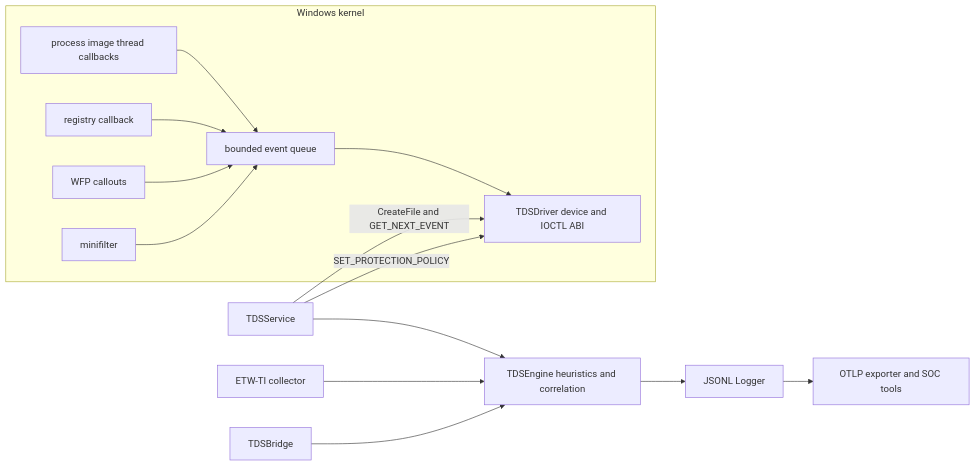
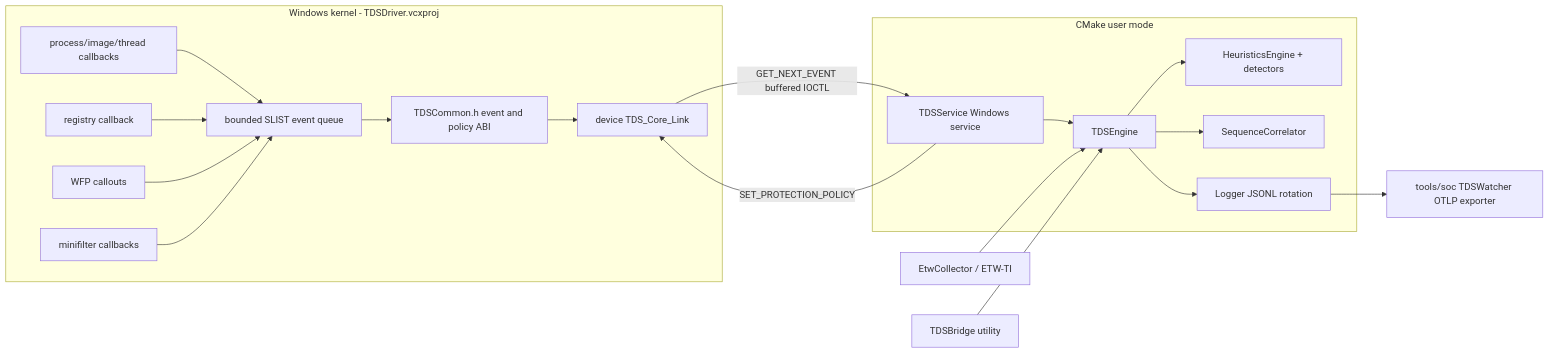
One commit to genesisgzdev/threat-detection-suite changed the first of 2 diagrams in docs/ARCHITECTURE.md. Above: the diagram before and after it, drawn with Mermaid. The commit also changed other lines of this file, not shown here.

Commit message:
docs: deepen kernel user architecture and validation gates

```diff
--- a/docs/ARCHITECTURE.md
+++ b/docs/ARCHITECTURE.md
@@ -5,23 +7,32 @@
 ~~~mermaid
 flowchart LR
-    subgraph K[Windows kernel]
-      P[process image thread callbacks]
-      R[registry callback]
-      N[WFP callouts]
-      F[minifilter]
-      Q[bounded event queue]
-      P --> Q
-      R --> Q
-      N --> Q
-      F --> Q
-      D[TDSDriver device and IOCTL ABI]
-      Q --> D
+    subgraph KERNEL[Windows kernel - TDSDriver.vcxproj]
+      PROC[process/image/thread callbacks]
+      REG[registry callback]
+      NET[WFP callouts]
+      MINI[minifilter callbacks]
+      Q[bounded SLIST event queue]
+      ABI[TDSCommon.h event and policy ABI]
+      DEV[device TDS_Core_Link]
+      PROC --> Q
+      REG --> Q
+      NET --> Q
+      MINI --> Q
+      Q --> ABI --> DEV
     end
-    S[TDSService] -->|CreateFile and GET_NEXT_EVENT| D
-    S -->|SET_PROTECTION_POLICY| D
-    E[TDSEngine heuristics and correlation] --> L[JSONL Logger]
-    S --> E
-    T[ETW-TI collector] --> E
-    L --> O[OTLP exporter and SOC tools]
-    B[TDSBridge] --> E
+    subgraph USER[CMake user mode]
+      S[TDSService Windows service]
+      E[TDSEngine]
+      H[HeuristicsEngine + detectors]
+      C[SequenceCorrelator]
+      L[Logger JSONL rotation]
+      S --> E --> H
+      E --> C
+      E --> L
+    end
+    DEV -->|GET_NEXT_EVENT buffered IOCTL| S
+    S -->|SET_PROTECTION_POLICY| DEV
+    ETW[EtwCollector / ETW-TI] --> E
+    B[TDSBridge utility] --> E
+    L --> SOC[tools/soc TDSWatcher OTLP exporter]
 ~~~
```
